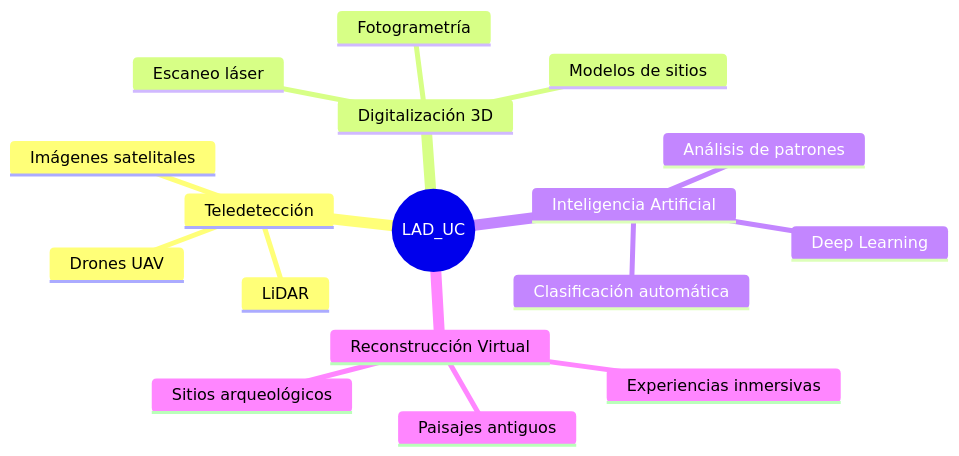
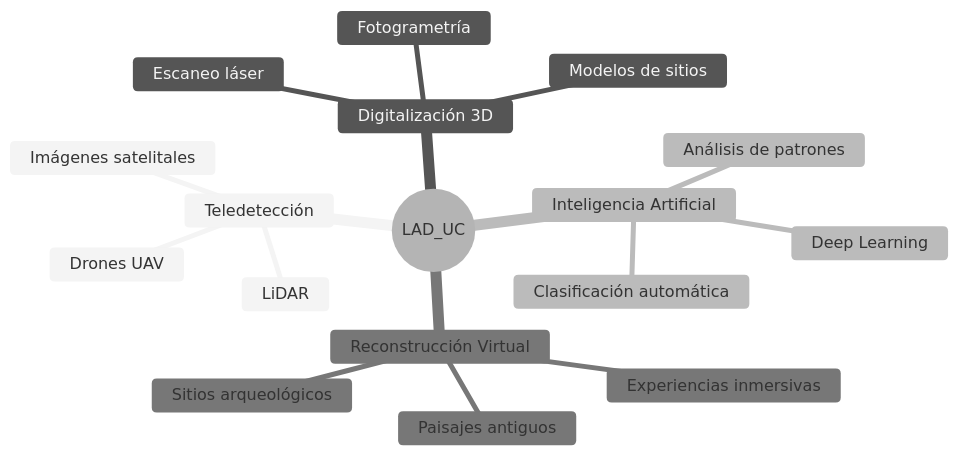
Before and after one commit to Laboratorio-de-Arqueologia-Digital-UC/.github: the diagram in profile/README.md, drawn with Mermaid. The commit also changed other lines of this file, not shown here.

````diff
--- a/profile/README.md
+++ b/profile/README.md
@@ -45,20 +45,21 @@
 ```mermaid
+%%{init: {'theme': 'neutral'}}%%
 mindmap
   root((LAD_UC))
     Teledetección
       Imágenes satelitales
       Drones UAV
       LiDAR
     Digitalización 3D
       Fotogrametría
       Escaneo láser
       Modelos de sitios
     Inteligencia Artificial
       Deep Learning
       Clasificación automática
       Análisis de patrones
     Reconstrucción Virtual
       Paisajes antiguos
       Sitios arqueológicos
       Experiencias inmersivas
 ```
````
